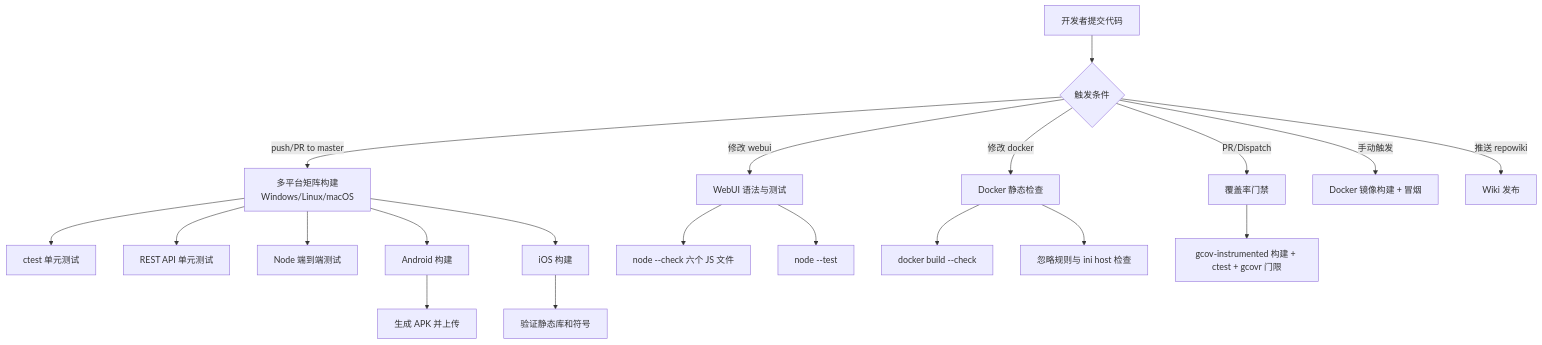
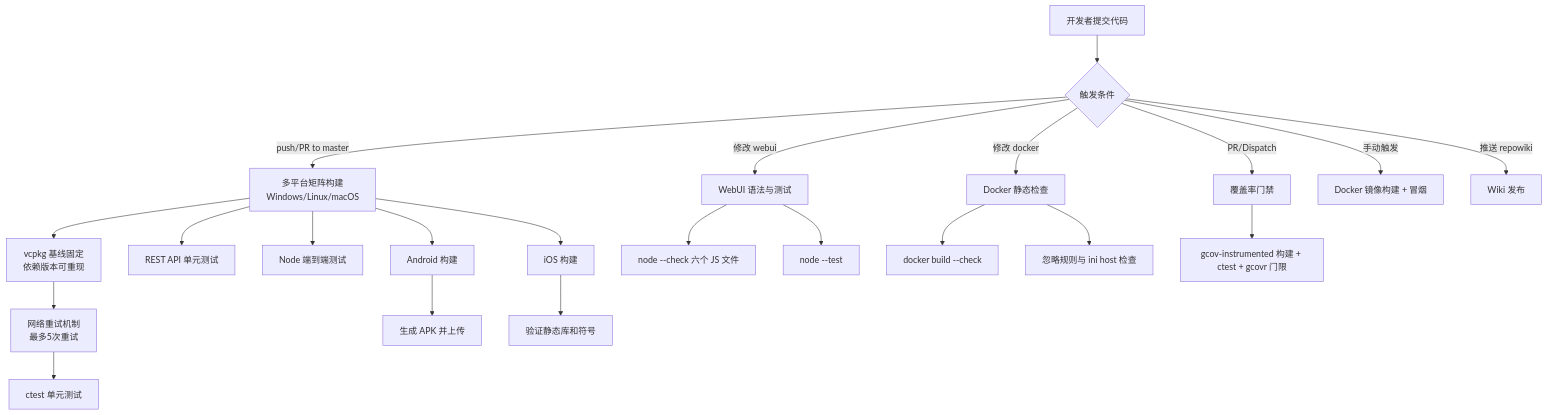
One commit to hsmbanlance/HsBaSlicer changed the second of 11 diagrams in .qoder/repowiki/zh/content/开发测试与贡献/CI_CD流水线增强.md. Above: the diagram before and after it, drawn with Mermaid. The commit also changed other lines of this file and 172 other files, not shown here.

````diff
--- a/.qoder/repowiki/zh/content/开发测试与贡献/CI_CD流水线增强.md
+++ b/.qoder/repowiki/zh/content/开发测试与贡献/CI_CD流水线增强.md
@@ -126,22 +143,24 @@
 ```mermaid
 flowchart TD
 Dev["开发者提交代码"] --> Trigger{"触发条件"}
 Trigger --> |push/PR to master| Matrix["多平台矩阵构建<br/>Windows/Linux/macOS"]
 Trigger --> |修改 webui| WebUIJob["WebUI 语法与测试"]
 Trigger --> |修改 docker| DockerLint["Docker 静态检查"]
 Trigger --> |PR/Dispatch| Coverage["覆盖率门禁"]
 Trigger --> |手动触发| DockerBuild["Docker 镜像构建 + 冒烟"]
 Trigger --> |推送 repowiki| Wiki["Wiki 发布"]
-Matrix --> Test["ctest 单元测试"]
+Matrix --> VcpkgBase["vcpkg 基线固定<br/>依赖版本可重现"]
+VcpkgBase --> Retry["网络重试机制<br/>最多5次重试"]
+Retry --> Test["ctest 单元测试"]
 Matrix --> RestTest["REST API 单元测试"]
 Matrix --> E2E["Node 端到端测试"]
 Matrix --> AndroidBuild["Android 构建"]
 Matrix --> IOSBuild["iOS 构建"]
 WebUIJob --> Syntax["node --check 六个 JS 文件"]
 WebUIJob --> NodeTest["node --test"]
 DockerLint --> CheckDocker["docker build --check"]
 DockerLint --> ContextCheck["忽略规则与 ini host 检查"]
 Coverage --> Gcov["gcov-instrumented 构建 + ctest + gcovr 门限"]
 AndroidBuild --> APK["生成 APK 并上传"]
 IOSBuild --> Verify["验证静态库和符号"]
 ```
````
